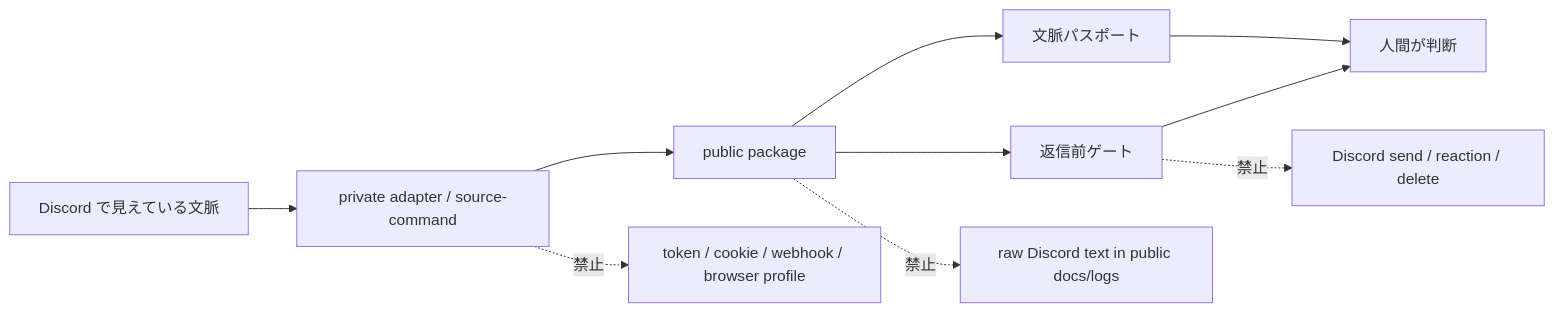
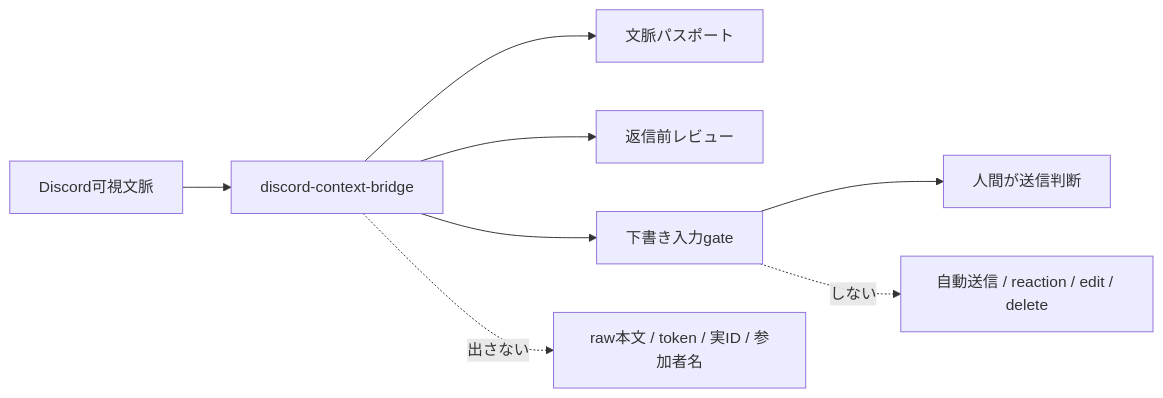
One commit to nexus-ai-2045/discord-context-bridge changed the first of 2 diagrams in README.md. Above: the diagram before and after it, drawn with Mermaid. The commit also changed other lines of this file and 9 other files, not shown here.

Commit message:
Add Discord send operation status

````diff
--- a/README.md
+++ b/README.md
@@ -70,13 +24,11 @@
 ```mermaid
 flowchart LR
-  discord["Discord で見えている文脈"] --> adapter["private adapter / source-command"]
-  adapter --> package["public package"]
-  package --> passport["文脈パスポート"]
-  package --> gate["返信前ゲート"]
-  passport --> human["人間が判断"]
-  gate --> human
+  input["Discord可視文脈"] --> bridge["discord-context-bridge"]
+  bridge --> passport["文脈パスポート"]
+  bridge --> review["返信前レビュー"]
+  bridge --> stage["下書き入力gate"]
+  stage --> human["人間が送信判断"]
 
-  adapter -. "禁止" .-> secrets["token / cookie / webhook / browser profile"]
-  package -. "禁止" .-> raw["raw Discord text in public docs/logs"]
-  gate -. "禁止" .-> outbound["Discord send / reaction / delete"]
+  bridge -. "出さない" .-> raw["raw本文 / token / 実ID / 参加者名"]
+  stage -. "しない" .-> send["自動送信 / reaction / edit / delete"]
 ```
````
